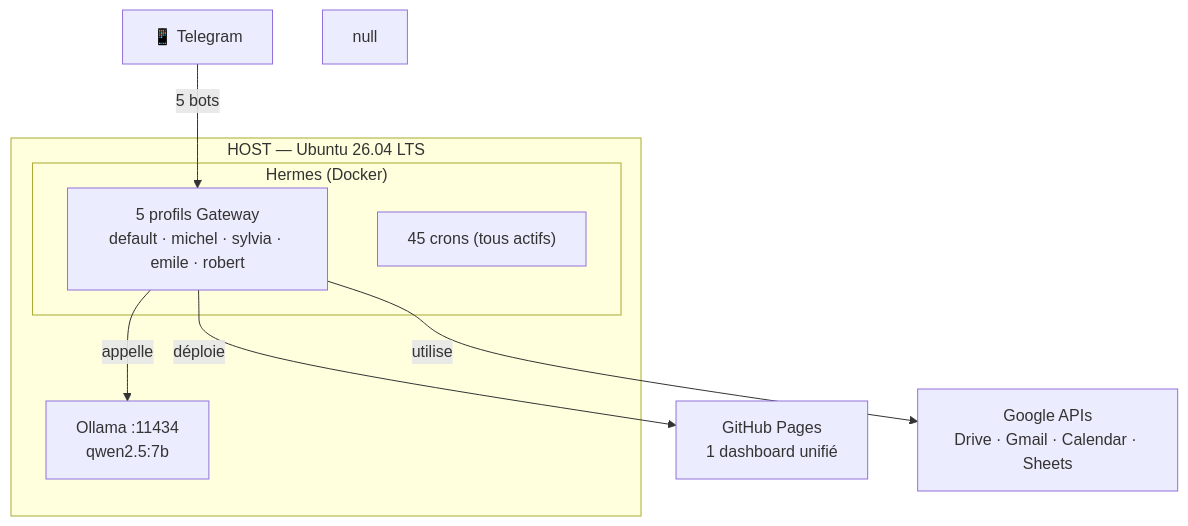
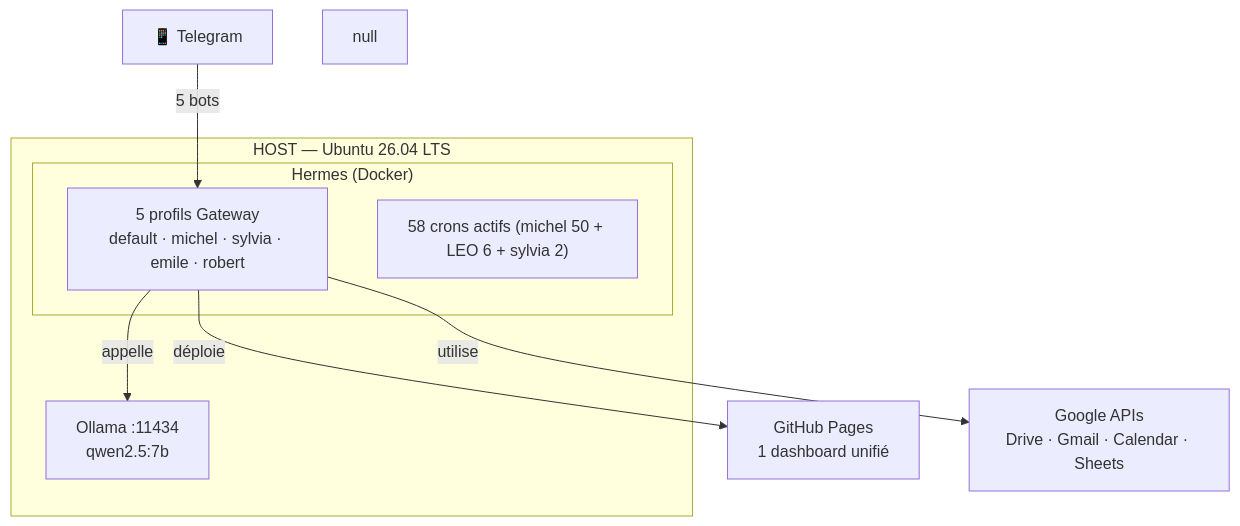
Before and after one commit to christophedanhier-hash/hermes-wiki: the diagram in docs/hermes/installation/linux.md, drawn with Mermaid. The commit also changed 10 other files, not shown here.

Commit message:
docs(audit): corriger compteurs crons — 58 actifs répartis (michel 50 + LEO 6 + sylvia 2) (audit 27/08)

````diff
--- a/docs/hermes/installation/linux.md
+++ b/docs/hermes/installation/linux.md
@@ -129,16 +129,16 @@
 ```mermaid
 graph TB
     subgraph HOST["HOST — Ubuntu 26.04 LTS"]
         Ollama["Ollama :11434<br/>qwen2.5:7b"]
         subgraph Docker["Hermes (Docker)"]
             GW["5 profils Gateway<br/>default · michel · sylvia · emile · robert"]
-            Crons["45 crons (tous actifs)"]
+            Crons["58 crons actifs (michel 50 + LEO 6 + sylvia 2)"]
         end
     end
     
     Telegram["📱 Telegram"] -->|"5 bots"| GW
     GW -->|"déploie"| GH["GitHub Pages<br/>1 dashboard unifié"]
     GW -->|"utilise"| Google["Google APIs<br/>Drive · Gmail · Calendar · Sheets"]
     GW -->|"appelle"| Ollama
     null
 ```
````
